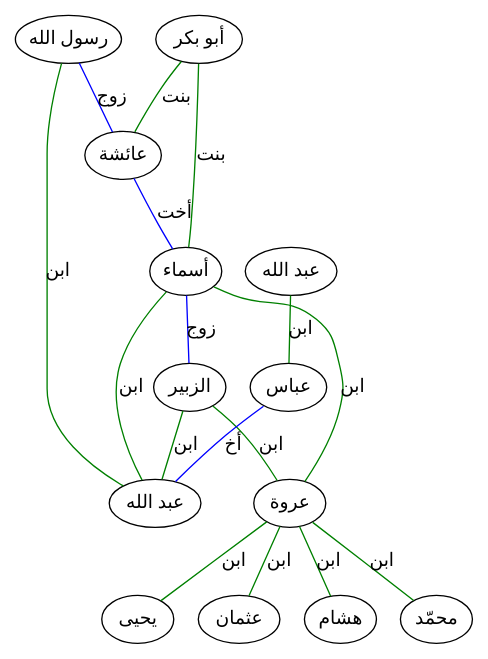
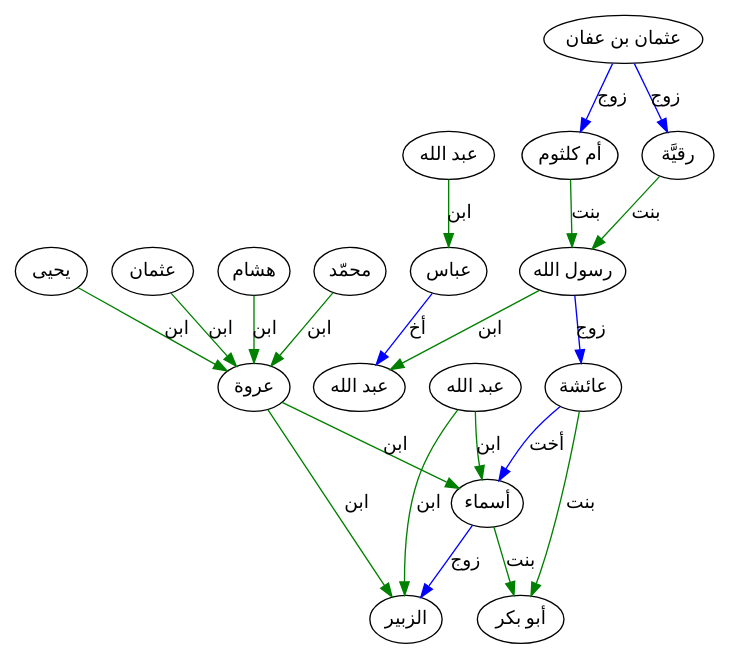
One commit to aowss/al-muwatta changed the diagram in تراجم/صلة.gv. Above: the diagram before and after it, drawn with Graphviz. The commit also changed 9 other files, not shown here.

```diff
--- a/تراجم/صلة.gv
+++ b/تراجم/صلة.gv
@@ -1,22 +1,27 @@
-graph tree {
+digraph tree {
     pagedir = TR;
 //    rankdir = RL
 
-    "رسول الله" -- "عبد الله" [ label = "ابن", color = green ];
-    "رسول الله" -- "عائشة" [ label = "زوج", color = blue ];
-    "أبو بكر" -- "عائشة" [ label = "بنت", color = green ];
-    "أبو بكر" -- "أسماء" [ label = "بنت", color = green ];
-    "عائشة" -- "أسماء" [ label = "أخت", color = blue ];
-    "أسماء" -- "الزبير" [ label = "زوج", color = blue ];
-    "أسماء" -- "عروة" [ label = "ابن", color = green ];
-    "الزبير" -- "عروة" [ label = "ابن", color = green ];
-    "أسماء" -- "عبد الله" [ label = "ابن", color = green ];
-    "الزبير" -- "عبد الله" [ label = "ابن", color = green ];
-    "عروة" -- "يحيى" [ label = "ابن", color = green ];
-    "عروة" -- "عثمان" [ label = "ابن", color = green ];
-    "عروة" -- "هشام" [ label = "ابن", color = green ];
-    "عروة" -- "محمّد" [ label = "ابن", color = green ];
-    "عباس" -- "عبد الله" [ label = "أخ", color = blue ];
+    "رسول الله" -> "عبد الله" [ label = "ابن", color = green ];
+    "رقيَّة" -> "رسول الله" [ label = "بنت", color = green ];
+    "أم كلثوم" -> "رسول الله" [ label = "بنت", color = green ];
+    "عثمان بن عفان" -> "رقيَّة" [ label = "زوج", color = blue ];
+    "عثمان بن عفان" -> "أم كلثوم" [ label = "زوج", color = blue ];
+    "رسول الله" -> "عائشة" [ label = "زوج", color = blue ];
+    "عائشة" -> "أبو بكر" [ label = "بنت", color = green ];
+    "أسماء" -> "أبو بكر" [ label = "بنت", color = green ];
+    "عائشة" -> "أسماء" [ label = "أخت", color = blue ];
+    "أسماء" -> "الزبير" [ label = "زوج", color = blue ];
+    "عروة" -> "أسماء" [ label = "ابن", color = green ];
+    "عروة" -> "الزبير" [ label = "ابن", color = green ];
     عبدالله١ [ label = "عبد الله" ];
-    عبدالله١ -- "عباس" [ label = "ابن", color = green ];
+    عبدالله١ -> "أسماء" [ label = "ابن", color = green ];
+    عبدالله١ -> "الزبير" [ label = "ابن", color = green ];
+    "يحيى" -> "عروة" [ label = "ابن", color = green ];
+    "عثمان" -> "عروة" [ label = "ابن", color = green ];
+    "هشام" -> "عروة" [ label = "ابن", color = green ];
+    "محمّد" -> "عروة" [ label = "ابن", color = green ];
+    "عباس" -> "عبد الله" [ label = "أخ", color = blue ];
+    عبدالله٢ [ label = "عبد الله" ];
+    عبدالله٢ -> "عباس" [ label = "ابن", color = green ];
 }
```
